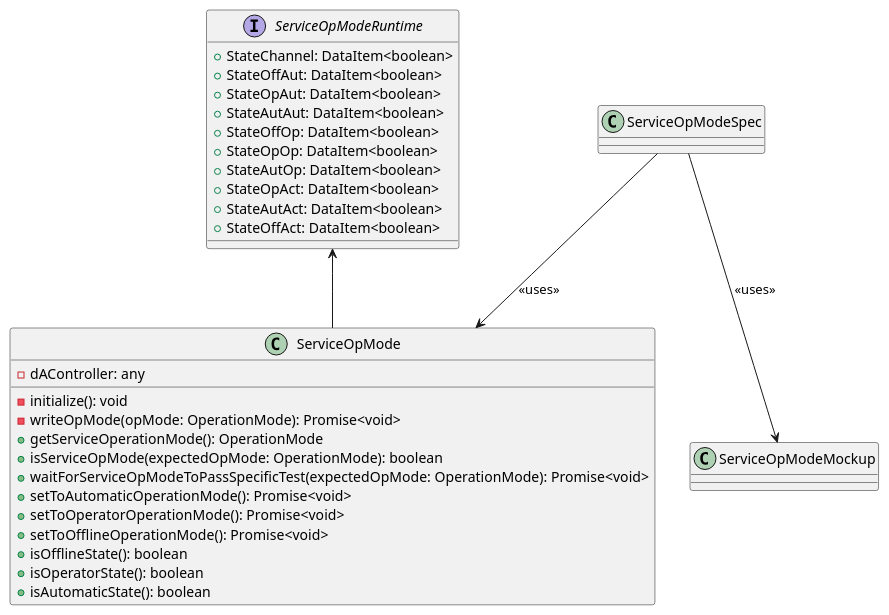
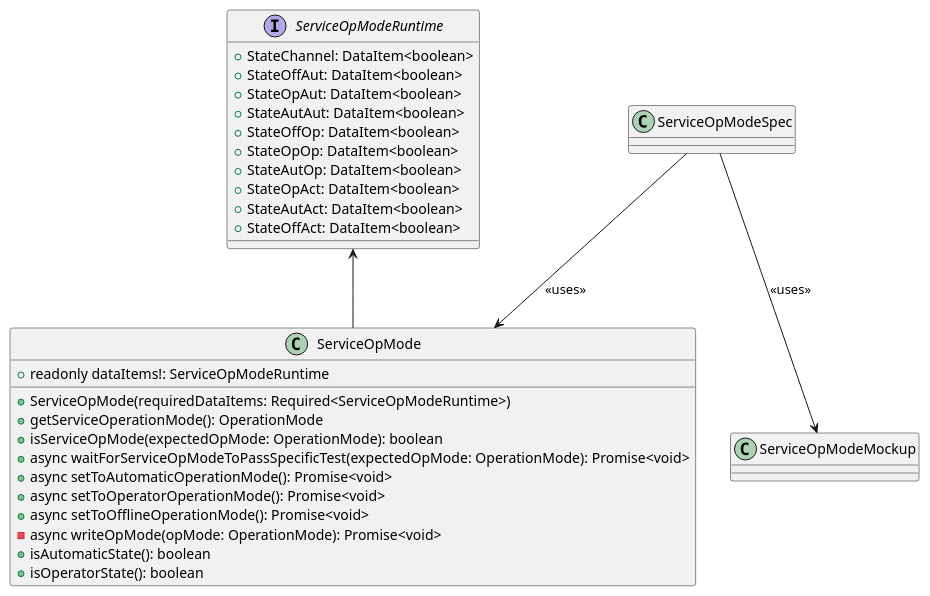
One commit to p2o-lab/polaris-backend changed the diagram in src/modularPlantManager/pea/dataAssembly/baseFunction/serviceOpMode/ServiceOpMode.puml. Above: the diagram before and after it, drawn with PlantUML. The commit also changed 12 other files, not shown here.

```diff
--- a/src/modularPlantManager/pea/dataAssembly/baseFunction/serviceOpMode/ServiceOpMode.puml
+++ b/src/modularPlantManager/pea/dataAssembly/baseFunction/serviceOpMode/ServiceOpMode.puml
@@ -26,36 +26,36 @@
 @startuml
 'https://plantuml.com/class-diagram
 
 interface ServiceOpModeRuntime{
 	+ StateChannel: DataItem<boolean>
 	+ StateOffAut: DataItem<boolean>
 	+ StateOpAut: DataItem<boolean>
 	+ StateAutAut: DataItem<boolean>
 	+ StateOffOp: DataItem<boolean>
 	+ StateOpOp: DataItem<boolean>
 	+ StateAutOp: DataItem<boolean>
 	+ StateOpAct: DataItem<boolean>
 	+ StateAutAct: DataItem<boolean>
 	+ StateOffAct: DataItem<boolean>
 }
 
 class ServiceOpMode{
-    - dAController: any
-    - initialize(): void
-    - writeOpMode(opMode: OperationMode): Promise<void>
+    + readonly dataItems!: ServiceOpModeRuntime
+
+    + ServiceOpMode(requiredDataItems: Required<ServiceOpModeRuntime>)
     + getServiceOperationMode(): OperationMode
     + isServiceOpMode(expectedOpMode: OperationMode): boolean
-    + waitForServiceOpModeToPassSpecificTest(expectedOpMode: OperationMode): Promise<void>
-    + setToAutomaticOperationMode(): Promise<void>
-    + setToOperatorOperationMode(): Promise<void>
-    + setToOfflineOperationMode(): Promise<void>
-    + isOfflineState(): boolean
+    + async waitForServiceOpModeToPassSpecificTest(expectedOpMode: OperationMode): Promise<void>
+    + async setToAutomaticOperationMode(): Promise<void>
+    + async setToOperatorOperationMode(): Promise<void>
+    + async setToOfflineOperationMode(): Promise<void>
+    - async writeOpMode(opMode: OperationMode): Promise<void>
+    + isAutomaticState(): boolean
     + isOperatorState(): boolean
-    + isAutomaticState(): boolean
 }
 
 ServiceOpModeRuntime <-- ServiceOpMode
 ServiceOpModeSpec --> ServiceOpMode : <<uses>>
 ServiceOpModeSpec --> ServiceOpModeMockup : <<uses>>
 
 @enduml
```
